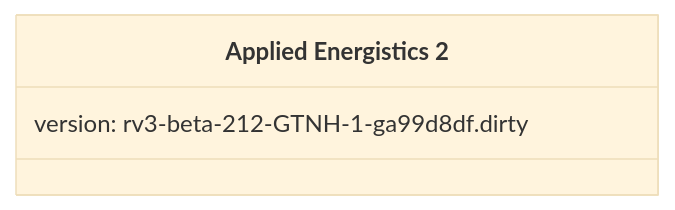
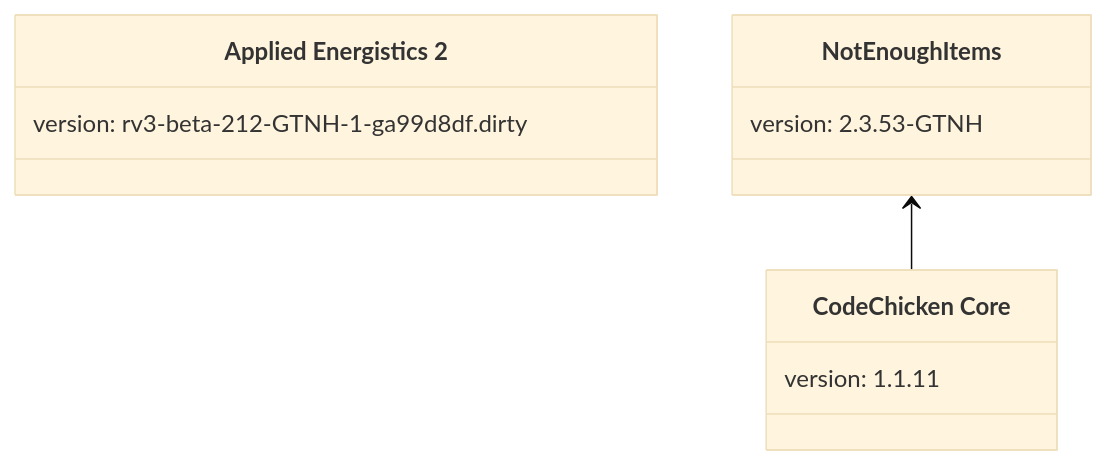
Before and after one commit to Feather-Inc/Age-of-Tech: the diagram in README.md, drawn with Mermaid (base theme). The commit also changed 8 other files, not shown here.

Commit message:
+ "NotEnoughItems", "CodeChickenCore"

````diff
--- a/README.md
+++ b/README.md
@@ -5,6 +5,16 @@
 ```mermaid
 classDiagram
+
+    class CodeChickenCore["CodeChicken Core"] {
+        version: 1.1.11
+    }
+
     class appliedenergistics2["Applied Energistics 2"] {
         version: rv3-beta-212-GTNH-1-ga99d8df.dirty
     }
+
+    class NotEnoughItems["NotEnoughItems"] {
+        version: 2.3.53-GTNH
+    }
+    NotEnoughItems <-- CodeChickenCore
 ```
````
